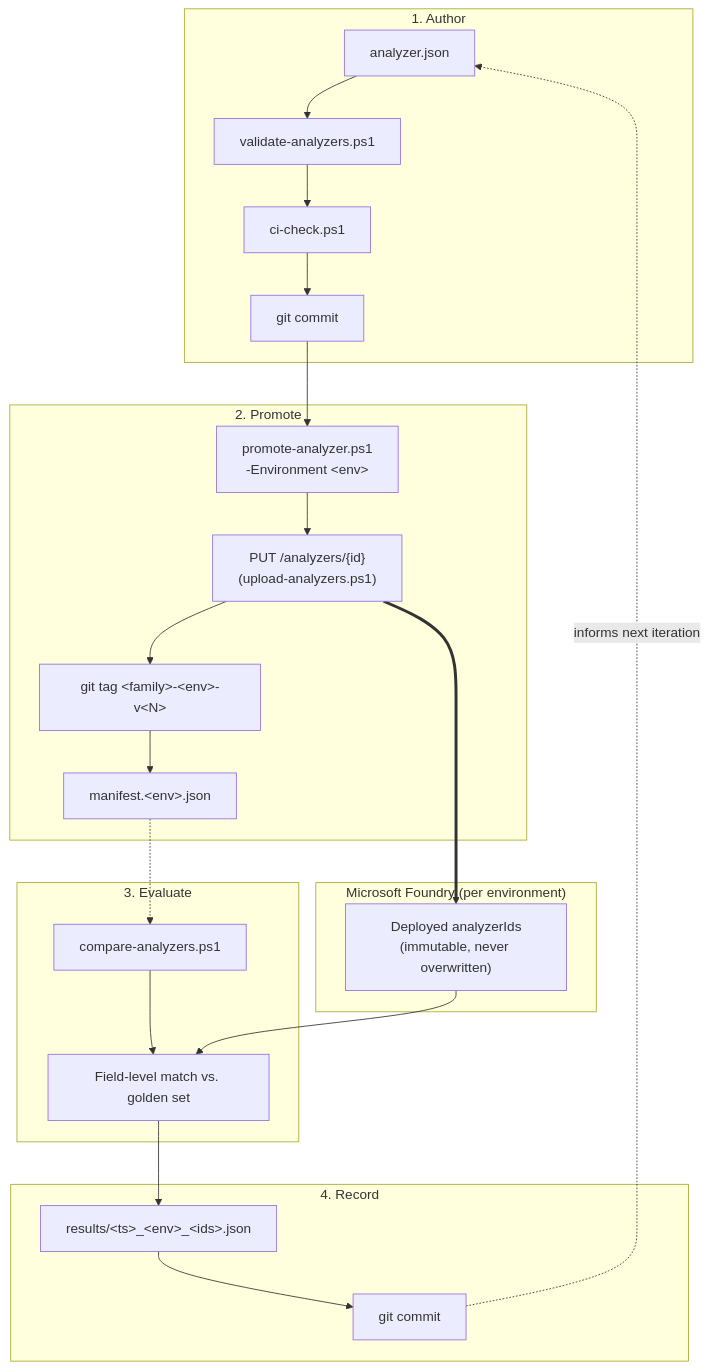
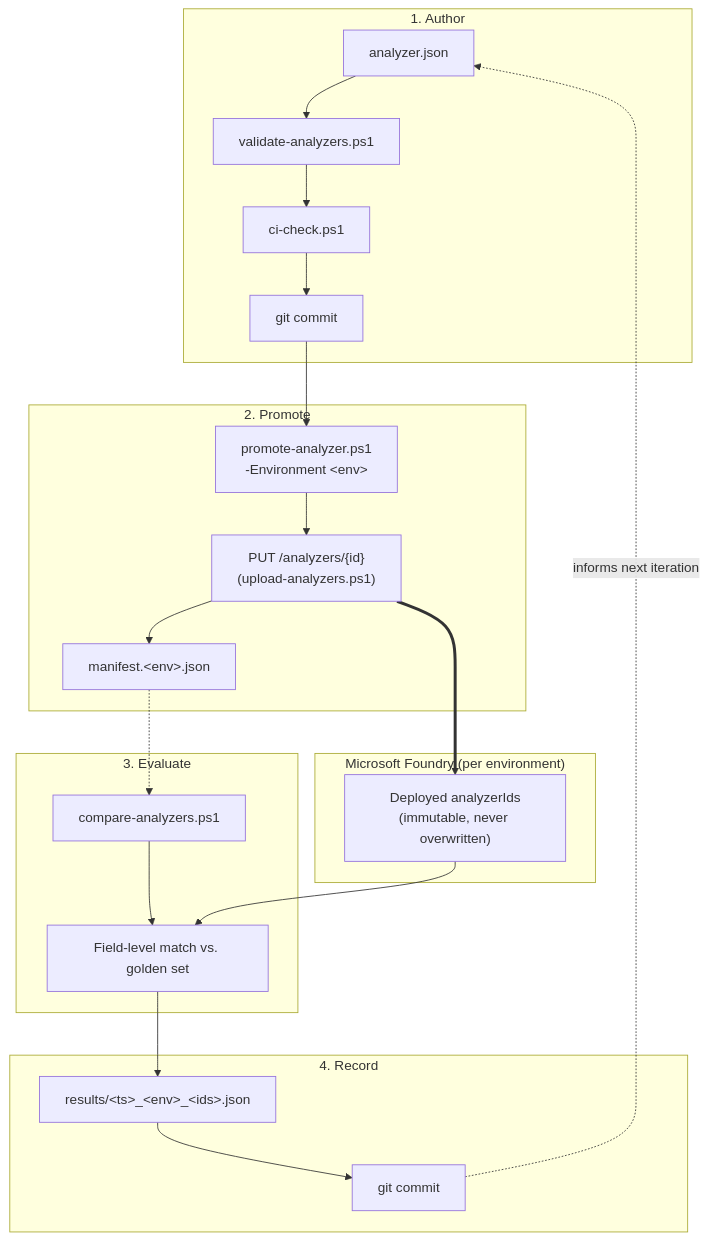
The second of 3 diagrams in README.md (georgeollis/content-understanding-mlops), drawn with Mermaid before and after one commit. The commit also changed other lines of this file and 9 other files, not shown here.

First line of the commit message:
Remove git tag integration from promote-analyzer.ps1

````diff
--- a/README.md
+++ b/README.md
@@ -79,32 +79,31 @@
 ```mermaid
 graph TB
     subgraph AUTHOR["1. Author"]
         EDIT["analyzer.json"] --> VALA["validate-analyzers.ps1"]
         VALA --> CI["ci-check.ps1"] --> COMMIT["git commit"]
     end
 
     subgraph PROMOTE["2. Promote"]
         PROMOTESCRIPT["promote-analyzer.ps1<br/>-Environment &lt;env&gt;"] --> UPLOAD["PUT /analyzers/{id}<br/>(upload-analyzers.ps1)"]
-        UPLOAD --> TAG["git tag &lt;family&gt;-&lt;env&gt;-v&lt;N&gt;"]
-        TAG --> MANIFEST["manifest.&lt;env&gt;.json"]
+        UPLOAD --> MANIFEST["manifest.&lt;env&gt;.json"]
         COMMIT --> PROMOTESCRIPT
     end
 
     subgraph FOUNDRY_G["Microsoft Foundry (per environment)"]
         ANALYZERS["Deployed analyzerIds<br/>(immutable, never overwritten)"]
     end
     UPLOAD ==> ANALYZERS
 
     subgraph EVALUATE["3. Evaluate"]
         COMPARESCRIPT["compare-analyzers.ps1"] --> SCORE["Field-level match vs. golden set"]
         MANIFEST -.-> COMPARESCRIPT
         ANALYZERS --> SCORE
     end
 
     subgraph RECORD["4. Record"]
         REPORT["results/&lt;ts&gt;_&lt;env&gt;_&lt;ids&gt;.json"]
         SCORE --> REPORT --> COMMIT2["git commit"]
     end
 
     COMMIT2 -.->|"informs next iteration"| EDIT
 ```
````
